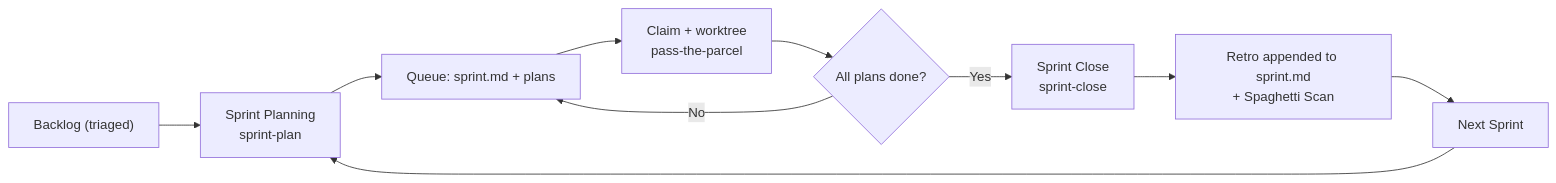
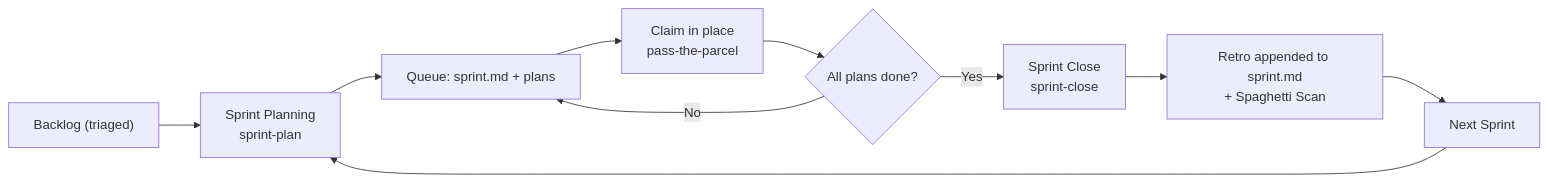
One commit to CMC-27/pass-the-parcel changed the diagram in .devops/backlog/SPRINTS.md. Above: the diagram before and after it, drawn with Mermaid. The commit also changed 24 other files, not shown here.

````diff
--- a/.devops/backlog/SPRINTS.md
+++ b/.devops/backlog/SPRINTS.md
@@ -18,12 +18,12 @@
 ```mermaid
 graph LR
     A["Backlog (triaged)"] --> B["Sprint Planning<br/>sprint-plan"]
     B --> C["Queue: sprint.md + plans"]
-    C --> D["Claim + worktree<br/>pass-the-parcel"]
+    C --> D["Claim in place<br/>pass-the-parcel"]
     D --> E{"All plans done?"}
     E -->|No| C
     E -->|Yes| F["Sprint Close<br/>sprint-close"]
     F --> G["Retro appended to sprint.md<br/>+ Spaghetti Scan"]
     G --> H["Next Sprint"]
     H --> B
 ```
````
